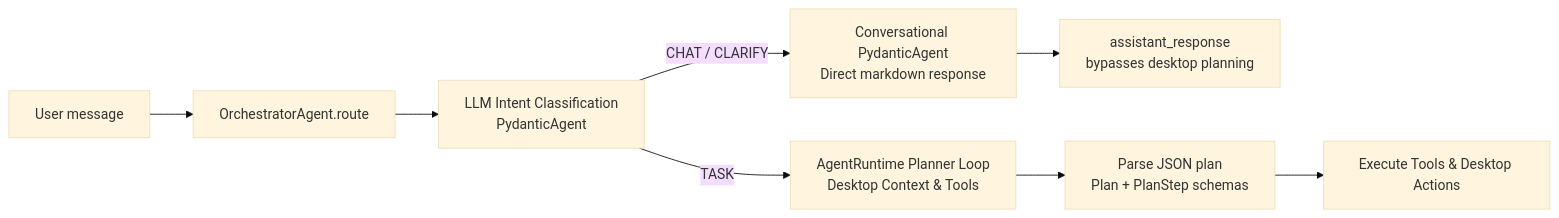
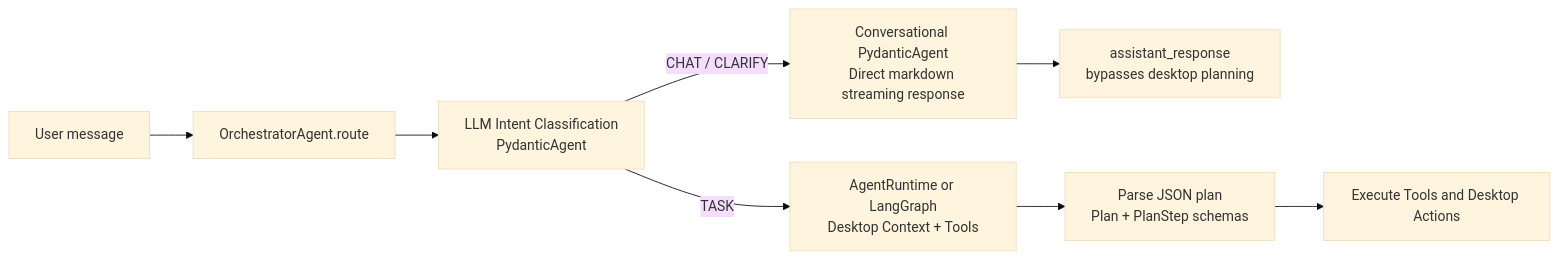
Before and after one commit to OpenSarthi/opensarthi: the third of 10 diagrams in docs/03_agentic_flow.md, drawn with Mermaid (base theme). The commit also changed other lines of this file and 8 other files, not shown here.

Commit message:
docs: comprehensive synchronization of all READMEs, SKILLS.md and architectural guides

````diff
--- a/docs/03_agentic_flow.md
+++ b/docs/03_agentic_flow.md
@@ -71,12 +69,12 @@
 ```mermaid
 flowchart LR
     INPUT[User message] --> ORCH[OrchestratorAgent.route]
     ORCH --> CLS[LLM Intent Classification\nPydanticAgent]
-    
-    CLS -->|CHAT / CLARIFY| CHAT_AGENT[Conversational PydanticAgent\nDirect markdown response]
-    CLS -->|TASK| RUNTIME[AgentRuntime Planner Loop\nDesktop Context & Tools]
-    
+
+    CLS -->|CHAT / CLARIFY| CHAT_AGENT[Conversational PydanticAgent\nDirect markdown streaming response]
+    CLS -->|TASK| RUNTIME[AgentRuntime or LangGraph\nDesktop Context + Tools]
+
     CHAT_AGENT --> WS_CHAT[assistant_response\nbypasses desktop planning]
     RUNTIME --> TASK_PLAN[Parse JSON plan\nPlan + PlanStep schemas]
-    TASK_PLAN --> EXEC[Execute Tools & Desktop Actions]
+    TASK_PLAN --> EXEC[Execute Tools and Desktop Actions]
 ```
````
